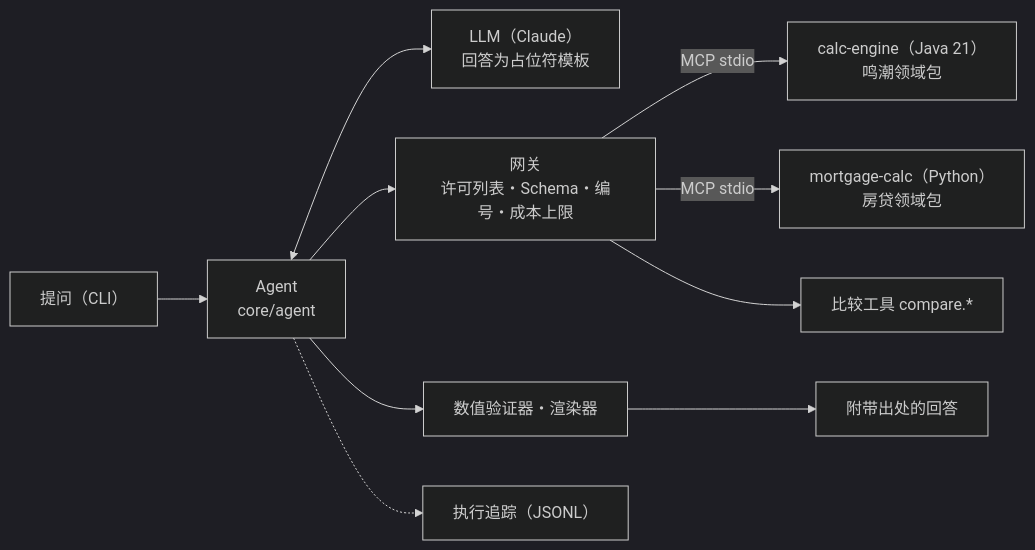
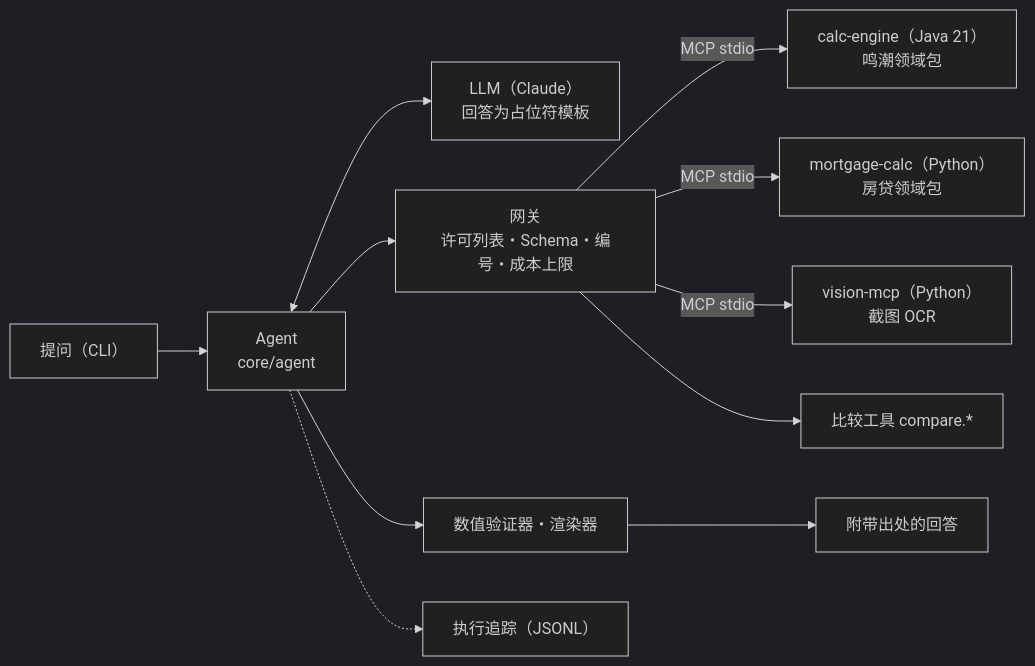
The diagram in README.zh-CN.md (hexinlong9981/echolab), drawn with Mermaid (dark theme) before and after one commit. The commit also changed other lines of this file and 15 other files, not shown here.

````diff
--- a/README.zh-CN.md
+++ b/README.zh-CN.md
@@ -41,12 +42,13 @@
 ```mermaid
 flowchart LR
   Q["提问（CLI）"] --> A["Agent<br/>core/agent"]
   A <--> L["LLM（Claude）<br/>回答为占位符模板"]
   A --> G["网关<br/>许可列表・Schema・编号・成本上限"]
   G -->|MCP stdio| J["calc-engine（Java 21）<br/>鸣潮领域包"]
   G -->|MCP stdio| M["mortgage-calc（Python）<br/>房贷领域包"]
+  G -->|MCP stdio| O["vision-mcp（Python）<br/>截图 OCR"]
   G --> K["比较工具 compare.*"]
   A --> V["数值验证器・渲染器"]
   V --> R["附带出处的回答"]
   A -.-> T["执行追踪（JSONL）"]
 ```
````
